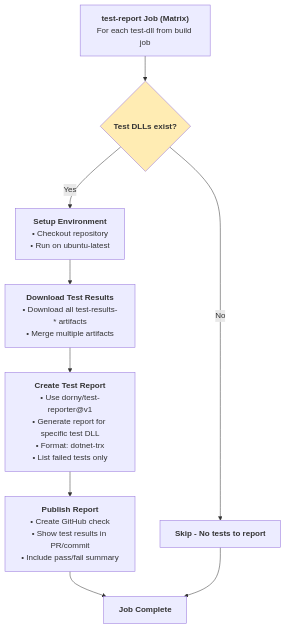
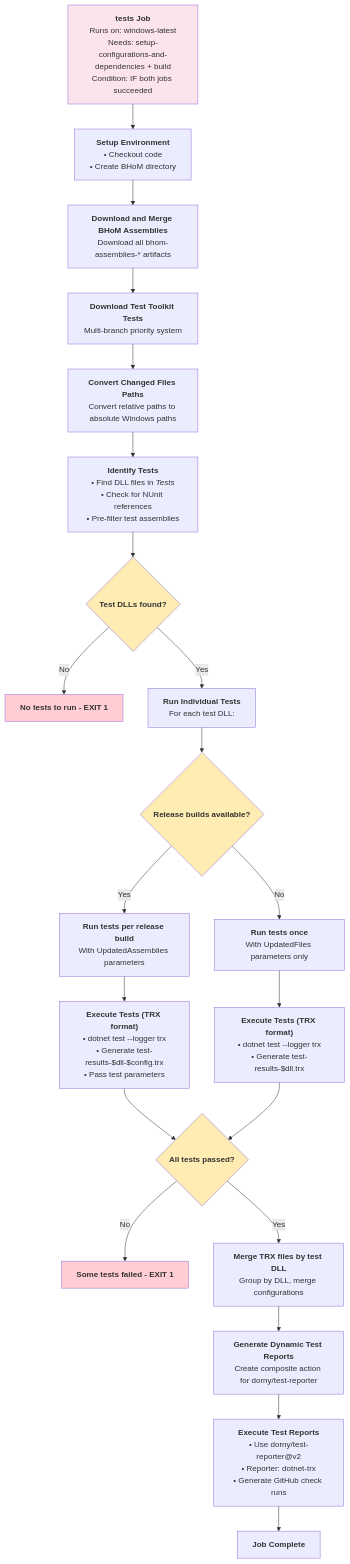
One commit to BHoM/GithubActions changed the sixth of 8 diagrams in CI workflow.md. Above: the diagram before and after it, drawn with Mermaid. The commit also changed other lines of this file, not shown here.

Commit message:
Update diagrams

````diff
--- a/CI workflow.md
+++ b/CI workflow.md
@@ -331,30 +391,65 @@
 ```mermaid
 graph TD
-    A["`**test-report Job (Matrix)**
-    For each test-dll from build job`"] --> B{"`**Test DLLs exist?**`"}
+    A["`**tests Job**
+    Runs on: windows-latest
+    Needs: setup-configurations-and-dependencies + build
+    Condition: IF both jobs succeeded`"] --> B["`**Setup Environment**
+    • Checkout code
+    • Create BHoM directory`"]
     
-    B -->|No| C["`**Skip - No tests to report**`"]
-    B -->|Yes| D["`**Setup Environment**
-    • Checkout repository
-    • Run on ubuntu-latest`"]
+    B --> C["`**Download and Merge BHoM Assemblies**
+    Download all bhom-assemblies-* artifacts`"]
     
-    D --> E["`**Download Test Results**
-    • Download all test-results-* artifacts
-    • Merge multiple artifacts`"]
+    C --> D["`**Download Test Toolkit Tests**
+    Multi-branch priority system`"]
     
-    E --> F["`**Create Test Report**
-    • Use dorny/test-reporter@v1
-    • Generate report for specific test DLL
-    • Format: dotnet-trx
-    • List failed tests only`"]
+    D --> E["`**Convert Changed Files Paths**
+    Convert relative paths to absolute Windows paths`"]
     
-    F --> G["`**Publish Report**
-    • Create GitHub check
-    • Show test results in PR/commit
-    • Include pass/fail summary`"]
+    E --> F["`**Identify Tests**
+    • Find DLL files in _Tests_
+    • Check for NUnit references
+    • Pre-filter test assemblies`"]
     
-    G --> H["`**Job Complete**`"]
-    C --> H
+    F --> G{"`**Test DLLs found?**`"}
+    G -->|No| H["`**No tests to run - EXIT 1**`"]
+    G -->|Yes| I["`**Run Individual Tests**
+    For each test DLL:`"]
     
-    style B fill:#ffecb3
+    I --> J{"`**Release builds available?**`"}
+    J -->|Yes| K["`**Run tests per release build**
+    With UpdatedAssemblies parameters`"]
+    J -->|No| L["`**Run tests once**
+    With UpdatedFiles parameters only`"]
+    
+    K --> M["`**Execute Tests (TRX format)**
+    • dotnet test --logger trx
+    • Generate test-results-$dll-$config.trx
+    • Pass test parameters`"]
+    L --> N["`**Execute Tests (TRX format)**
+    • dotnet test --logger trx
+    • Generate test-results-$dll.trx`"]
+    
+    M --> O{"`**All tests passed?**`"}
+    N --> O
+    O -->|No| P["`**Some tests failed - EXIT 1**`"]
+    O -->|Yes| Q["`**Merge TRX files by test DLL**
+    Group by DLL, merge configurations`"]
+    
+    Q --> R["`**Generate Dynamic Test Reports**
+    Create composite action for dorny/test-reporter`"]
+    
+    R --> S["`**Execute Test Reports**
+    • Use dorny/test-reporter@v2
+    • Reporter: dotnet-trx
+    • Generate GitHub check runs`"]
+    
+    S --> T["`**Job Complete**`"]
+    
+    style A fill:#fce4ec
+    style G fill:#ffecb3
+    style J fill:#ffecb3
+    style O fill:#ffecb3
+    style H fill:#ffcdd2
+    style P fill:#ffcdd2
 ```
````
